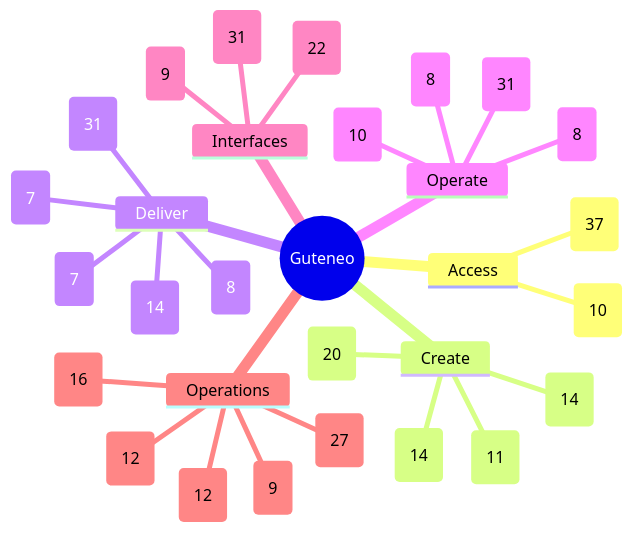
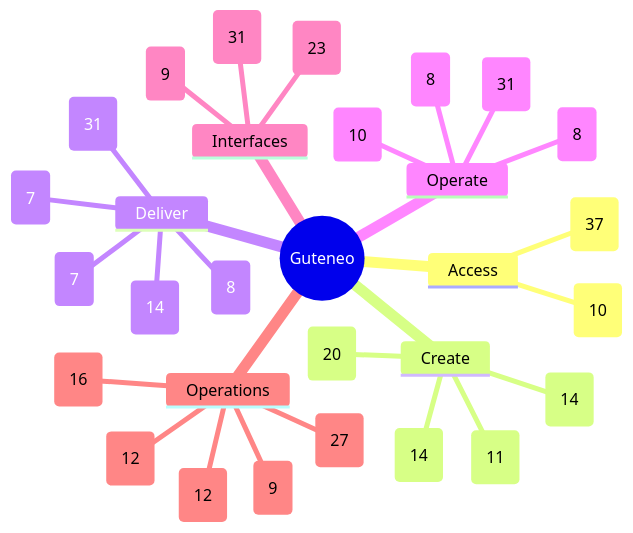
One commit to nclsppr/guteneo changed the diagram in docs/FEATURE_MAP.md. Above: the diagram before and after it, drawn with Mermaid. The commit also changed other lines of this file and 10 other files, not shown here.

````diff
--- a/docs/FEATURE_MAP.md
+++ b/docs/FEATURE_MAP.md
@@ -13,33 +13,33 @@
 ```mermaid
 mindmap
   root((Guteneo))
     Access
       Access and identity (37)
       Team and responsibilities (10)
     Create
       Documents and protection (20)
       Template studio (14)
       Data and mappings (11)
       PDF generation and distribution (14)
     Deliver
       Fax (7)
       Postal mail (8)
       Email and protected links (14)
       Sensitive distribution and personal documents (31)
       Dispatch dry run (7)
     Operate
       Campaigns and tracking (8)
       Credits and billing (8)
       Workspace layout and browser appearance (31)
       PDF verification (10)
     Interfaces
       Assistants and API (31)
       iPhone and iPad (9)
-      Public pages, languages and appearance (22)
+      Public pages, languages and appearance (23)
     Operations
       Reviewer OAuth qualification (9)
       Operations and reliability (27)
       Belvédère platform oversight (12)
       Public service status (16)
       Engineering documentation (12)
 ```
````
